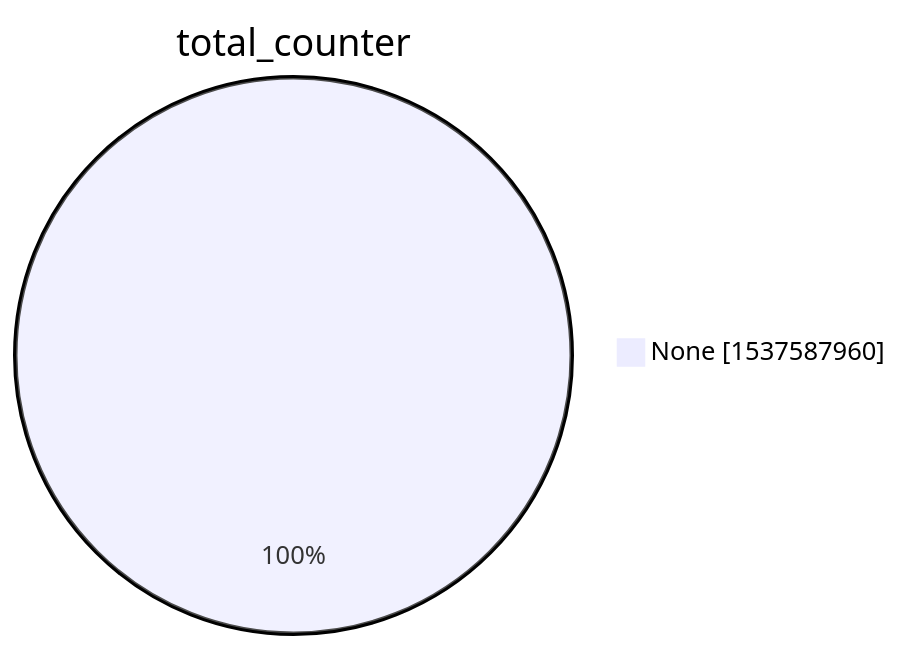
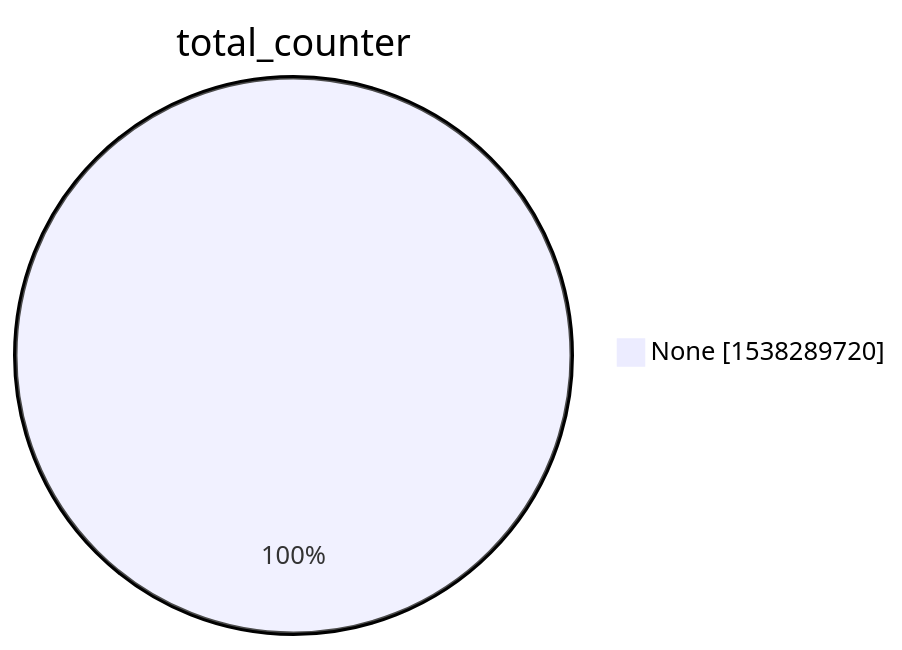
The second of 15 diagrams in xenon2022/README.md (christiankrug/ctmonitor_visualization), drawn with Mermaid before and after one commit. The commit also changed other lines of this file, not shown here.

````diff
--- a/xenon2022/README.md
+++ b/xenon2022/README.md
@@ -9,5 +9,5 @@
 ```mermaid
 pie showData
 title total_counter
-"None" :1537587960
+"None" :1538289720
 ```
````
